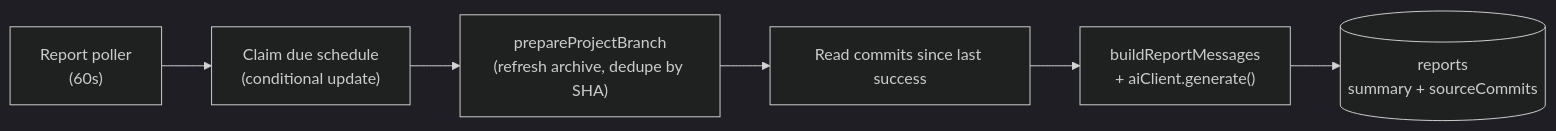
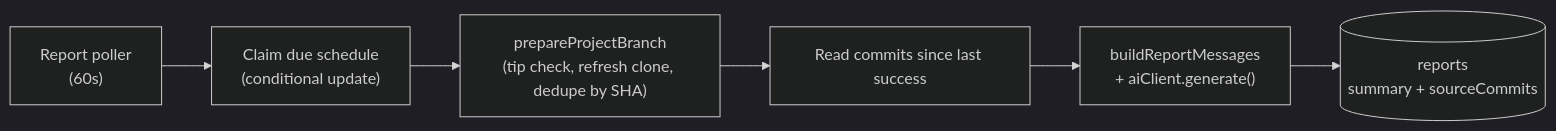
Before and after one commit to franciscoluna-28/Scrapecat: the third of 5 diagrams in docs/architecture.md, drawn with Mermaid (dark theme). The commit also changed other lines of this file and 8 other files, not shown here.

````diff
--- a/docs/architecture.md
+++ b/docs/architecture.md
@@ -88,8 +88,8 @@
 ```mermaid
 flowchart LR
     P["Report poller<br/>(60s)"] --> C["Claim due schedule<br/>(conditional update)"]
-    C --> R["prepareProjectBranch<br/>(refresh archive, dedupe by SHA)"]
+    C --> R["prepareProjectBranch<br/>(tip check, refresh clone, dedupe by SHA)"]
     R --> W["Read commits since last success"]
     W --> L["buildReportMessages<br/>+ aiClient.generate()"]
     L --> S[("reports<br/>summary + sourceCommits")]
 ```
````
